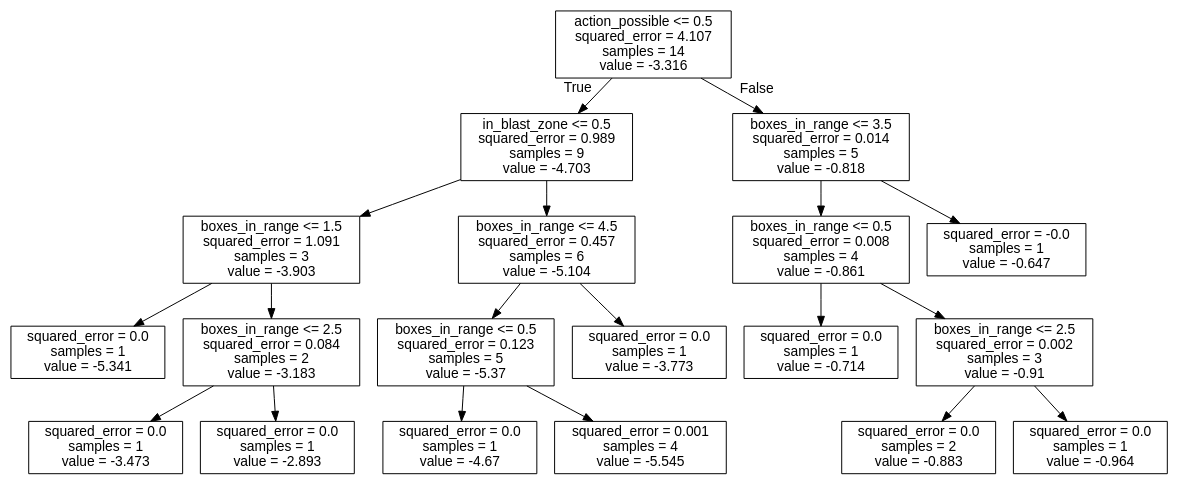
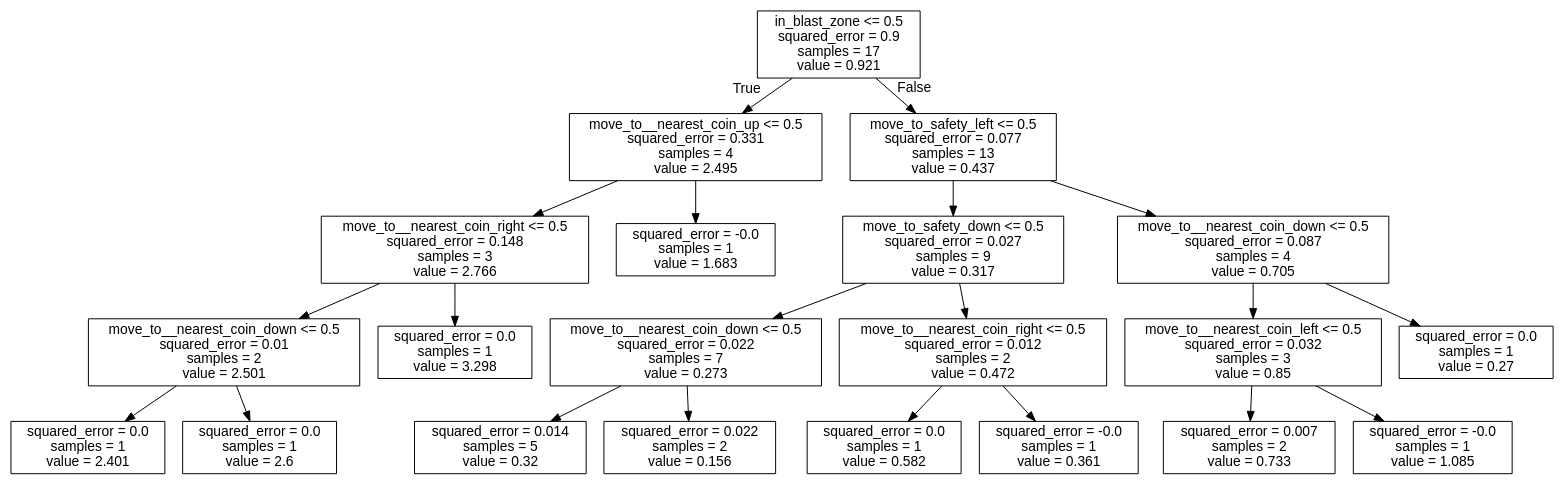
One commit to J-Gann/FML changed the diagram in bomberman_rl/agent_code/my_agent/trees/BOMB.dot. Above: the diagram before and after it, drawn with Graphviz. The commit also changed 19 other files, not shown here.

```diff
--- a/bomberman_rl/agent_code/my_agent/trees/BOMB.dot
+++ b/bomberman_rl/agent_code/my_agent/trees/BOMB.dot
@@ -1,41 +1,45 @@
 digraph Tree {
 node [shape=box, fontname="helvetica"] ;
 edge [fontname="helvetica"] ;
-0 [label="action_possible <= 0.5\nsquared_error = 4.107\nsamples = 14\nvalue = -3.316"] ;
-1 [label="in_blast_zone <= 0.5\nsquared_error = 0.989\nsamples = 9\nvalue = -4.703"] ;
+0 [label="in_blast_zone <= 0.5\nsquared_error = 0.9\nsamples = 17\nvalue = 0.921"] ;
+1 [label="move_to__nearest_coin_up <= 0.5\nsquared_error = 0.331\nsamples = 4\nvalue = 2.495"] ;
 0 -> 1 [labeldistance=2.5, labelangle=45, headlabel="True"] ;
-2 [label="boxes_in_range <= 1.5\nsquared_error = 1.091\nsamples = 3\nvalue = -3.903"] ;
+2 [label="move_to__nearest_coin_right <= 0.5\nsquared_error = 0.148\nsamples = 3\nvalue = 2.766"] ;
 1 -> 2 ;
-3 [label="squared_error = 0.0\nsamples = 1\nvalue = -5.341"] ;
+3 [label="move_to__nearest_coin_down <= 0.5\nsquared_error = 0.01\nsamples = 2\nvalue = 2.501"] ;
 2 -> 3 ;
-4 [label="boxes_in_range <= 2.5\nsquared_error = 0.084\nsamples = 2\nvalue = -3.183"] ;
-2 -> 4 ;
-5 [label="squared_error = 0.0\nsamples = 1\nvalue = -3.473"] ;
-4 -> 5 ;
-6 [label="squared_error = 0.0\nsamples = 1\nvalue = -2.893"] ;
-4 -> 6 ;
-7 [label="boxes_in_range <= 4.5\nsquared_error = 0.457\nsamples = 6\nvalue = -5.104"] ;
+4 [label="squared_error = 0.0\nsamples = 1\nvalue = 2.401"] ;
+3 -> 4 ;
+5 [label="squared_error = 0.0\nsamples = 1\nvalue = 2.6"] ;
+3 -> 5 ;
+6 [label="squared_error = 0.0\nsamples = 1\nvalue = 3.298"] ;
+2 -> 6 ;
+7 [label="squared_error = -0.0\nsamples = 1\nvalue = 1.683"] ;
 1 -> 7 ;
-8 [label="boxes_in_range <= 0.5\nsquared_error = 0.123\nsamples = 5\nvalue = -5.37"] ;
-7 -> 8 ;
-9 [label="squared_error = 0.0\nsamples = 1\nvalue = -4.67"] ;
+8 [label="move_to_safety_left <= 0.5\nsquared_error = 0.077\nsamples = 13\nvalue = 0.437"] ;
+0 -> 8 [labeldistance=2.5, labelangle=-45, headlabel="False"] ;
+9 [label="move_to_safety_down <= 0.5\nsquared_error = 0.027\nsamples = 9\nvalue = 0.317"] ;
 8 -> 9 ;
-10 [label="squared_error = 0.001\nsamples = 4\nvalue = -5.545"] ;
-8 -> 10 ;
-11 [label="squared_error = 0.0\nsamples = 1\nvalue = -3.773"] ;
-7 -> 11 ;
-12 [label="boxes_in_range <= 3.5\nsquared_error = 0.014\nsamples = 5\nvalue = -0.818"] ;
-0 -> 12 [labeldistance=2.5, labelangle=-45, headlabel="False"] ;
-13 [label="boxes_in_range <= 0.5\nsquared_error = 0.008\nsamples = 4\nvalue = -0.861"] ;
-12 -> 13 ;
-14 [label="squared_error = 0.0\nsamples = 1\nvalue = -0.714"] ;
+10 [label="move_to__nearest_coin_down <= 0.5\nsquared_error = 0.022\nsamples = 7\nvalue = 0.273"] ;
+9 -> 10 ;
+11 [label="squared_error = 0.014\nsamples = 5\nvalue = 0.32"] ;
+10 -> 11 ;
+12 [label="squared_error = 0.022\nsamples = 2\nvalue = 0.156"] ;
+10 -> 12 ;
+13 [label="move_to__nearest_coin_right <= 0.5\nsquared_error = 0.012\nsamples = 2\nvalue = 0.472"] ;
+9 -> 13 ;
+14 [label="squared_error = 0.0\nsamples = 1\nvalue = 0.582"] ;
 13 -> 14 ;
-15 [label="boxes_in_range <= 2.5\nsquared_error = 0.002\nsamples = 3\nvalue = -0.91"] ;
+15 [label="squared_error = -0.0\nsamples = 1\nvalue = 0.361"] ;
 13 -> 15 ;
-16 [label="squared_error = 0.0\nsamples = 2\nvalue = -0.883"] ;
-15 -> 16 ;
-17 [label="squared_error = 0.0\nsamples = 1\nvalue = -0.964"] ;
-15 -> 17 ;
-18 [label="squared_error = -0.0\nsamples = 1\nvalue = -0.647"] ;
-12 -> 18 ;
+16 [label="move_to__nearest_coin_down <= 0.5\nsquared_error = 0.087\nsamples = 4\nvalue = 0.705"] ;
+8 -> 16 ;
+17 [label="move_to__nearest_coin_left <= 0.5\nsquared_error = 0.032\nsamples = 3\nvalue = 0.85"] ;
+16 -> 17 ;
+18 [label="squared_error = 0.007\nsamples = 2\nvalue = 0.733"] ;
+17 -> 18 ;
+19 [label="squared_error = -0.0\nsamples = 1\nvalue = 1.085"] ;
+17 -> 19 ;
+20 [label="squared_error = 0.0\nsamples = 1\nvalue = 0.27"] ;
+16 -> 20 ;
 }
```
